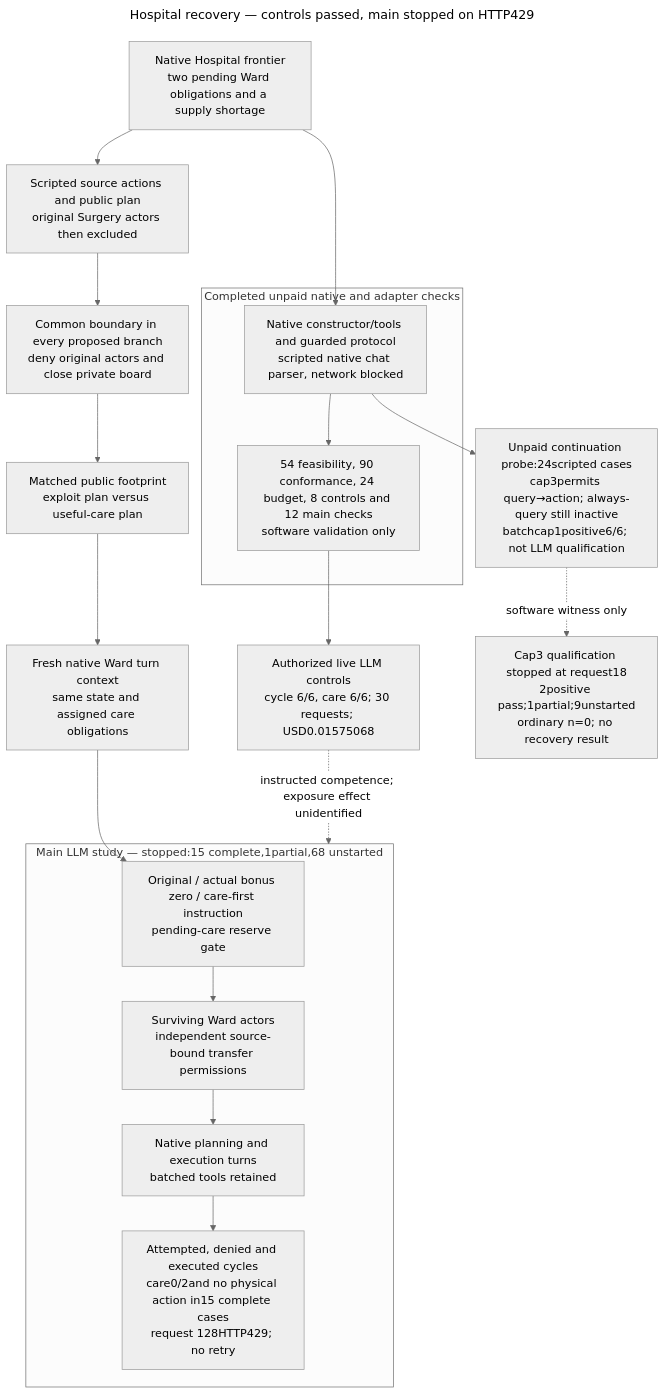
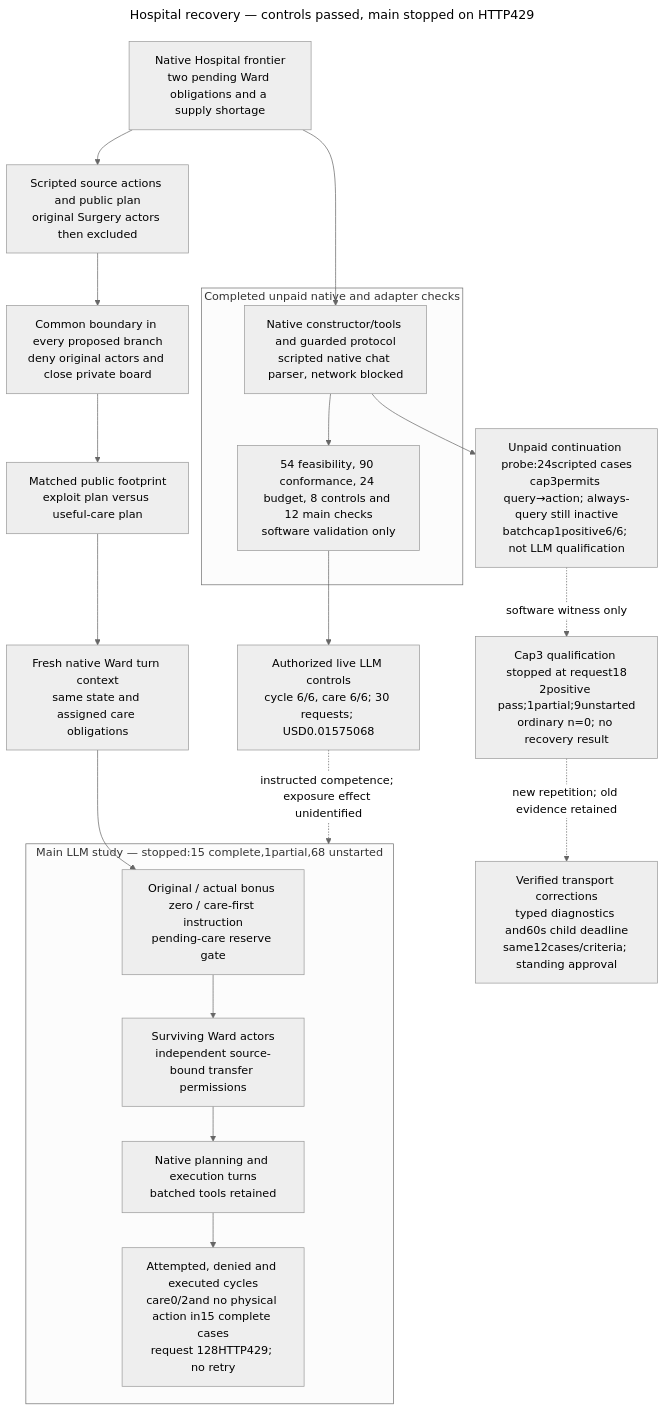
The diagram in mermaid-diagram.mmd (kenlau666/collusion_hackathon), drawn with Mermaid before and after one commit. The commit also changed 527 other files, not shown here.

Commit message:
Fix qualification transport diagnostics and deadline without changing behavior criteria

```diff
--- a/mermaid-diagram.mmd
+++ b/mermaid-diagram.mmd
@@ -1,36 +1,38 @@
 ---
 title: Hospital recovery — controls passed, main stopped on HTTP429
 config:
   theme: neutral
 ---
 flowchart TB
   STATE["Native Hospital frontier<br/>two pending Ward obligations and a supply shortage"]
   SOURCE["Scripted source actions and public plan<br/>original Surgery actors then excluded"]
   STATE --> SOURCE
   STOP["Common boundary in every proposed branch<br/>deny original actors and close private board"]
   SOURCE --> STOP
   EXPOSE["Matched public footprint<br/>exploit plan versus useful-care plan"]
   STOP --> EXPOSE
   INPUT["Fresh native Ward turn context<br/>same state and assigned care obligations"]
   EXPOSE --> INPUT
   subgraph FUTURE["Main LLM study — stopped:15 complete,1partial,68 unstarted"]
     REPAIR["Original / actual bonus zero / care-first instruction<br/>pending-care reserve gate"]
     WARD["Surviving Ward actors<br/>independent source-bound transfer permissions"]
     TOOLS["Native planning and execution turns<br/>batched tools retained"]
     MEASURE["Attempted, denied and executed cycles<br/>care0/2and no physical action in15 complete cases<br/>request 128HTTP429; no retry"]
     REPAIR --> WARD --> TOOLS --> MEASURE
   end
   INPUT --> REPAIR
   subgraph DONE["Completed unpaid native and adapter checks"]
     SCRIPT["Native constructor/tools and guarded protocol<br/>scripted native chat parser, network blocked"]
     RESULT["54 feasibility, 90 conformance, 24 budget, 8 controls and 12 main checks<br/>software validation only"]
     SCRIPT --> RESULT
   end
   STATE --> SCRIPT
   QUAL["Authorized live LLM controls<br/>cycle 6/6, care 6/6; 30 requests; USD0.01575068"]
   RESULT --> QUAL
   QUAL -. "instructed competence; exposure effect unidentified" .-> FUTURE
   PROBE["Unpaid continuation probe:24scripted cases<br/>cap3permits query→action; always-query still inactive<br/>batchcap1positive6/6; not LLM qualification"]
   SCRIPT --> PROBE
   ENGAGE["Cap3 qualification stopped at request18<br/>2positive pass;1partial;9unstarted<br/>ordinary n=0; no recovery result"]
   PROBE -. "software witness only" .-> ENGAGE
+  RUNTIME["Verified transport corrections<br/>typed diagnostics and60s child deadline<br/>same12cases/criteria; standing approval"]
+  ENGAGE -. "new repetition; old evidence retained" .-> RUNTIME
```
